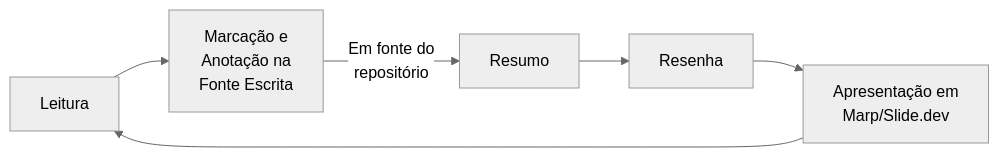
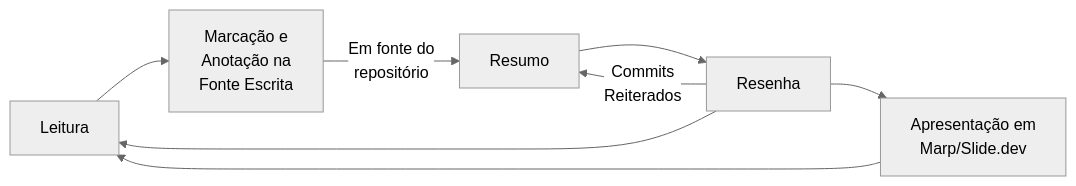
Before and after one commit to dnlclaudino/gestao-do-conhecimento: the first of 6 diagrams in README.md, drawn with Mermaid (neutral theme). The commit also changed other lines of this file, not shown here.

````diff
--- a/README.md
+++ b/README.md
@@ -37,8 +37,10 @@
 ```mermaid
 graph LR;
     A[Leitura]-->B[Marcação e<br>Anotação na<br>Fonte Escrita];
     B-- Em fonte do<br>repositório -->C[Resumo];
     C-->D[Resenha];
+    D--Commits<br>Reiterados-->C;
+    D-->A;
     D-->E[Apresentação em<br>Marp/Slide.dev];
     E-->A
 ```
````
